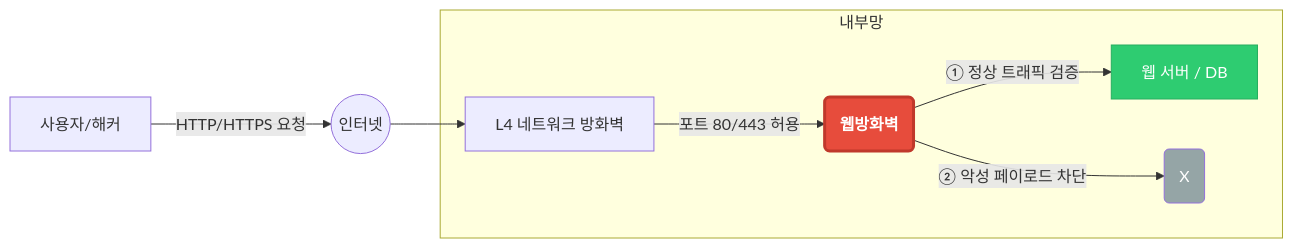
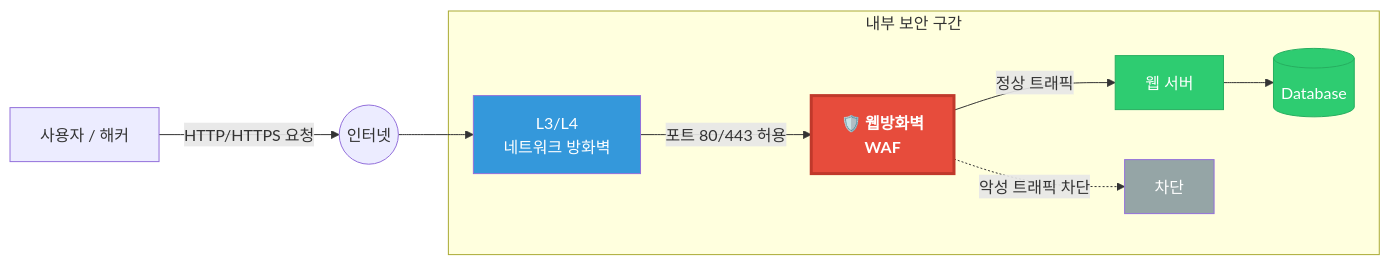
The first of 11 diagrams in waf.md (chj90/waf), drawn with Mermaid before and after one commit. The commit also changed other lines of this file, not shown here.

````diff
--- a/waf.md
+++ b/waf.md
@@ -12,16 +15,18 @@
 ```mermaid
 graph LR
-    Client[사용자/해커] -- "HTTP/HTTPS 요청" --> Internet((인터넷))
-    Internet --> Firewall[L4 네트워크 방화벽]
-    
-    subgraph "내부망"
-    Firewall -- "포트 80/443 허용" --> WAF(웹방화벽)
-    WAF -- "① 정상 트래픽 검증" --> WebServer[웹 서버 / DB]
-    WAF -- "② 악성 페이로드 차단" --> Block(X)
+    Client["사용자 / 해커"] -- "HTTP/HTTPS 요청" --> Internet((인터넷))
+    Internet --> Firewall["L3/L4<br>네트워크 방화벽"]
+
+    subgraph "내부 보안 구간"
+    Firewall -- "포트 80/443 허용" --> WAF["🛡️ 웹방화벽<br>WAF"]
+    WAF -- "정상 트래픽" --> WebServer["웹 서버"]
+    WAF -. "악성 트래픽 차단" .-> Block["차단"]
+    WebServer --> DB[(Database)]
     end
-
 
     style WAF fill:#e74c3c,stroke:#c0392b,stroke-width:3px,color:white,font-weight:bold
     style WebServer fill:#2ecc71,stroke:#27ae60,color:white
+    style DB fill:#2ecc71,stroke:#27ae60,color:white
     style Block fill:#95a5a6,color:white
+    style Firewall fill:#3498db,color:white
 ```
````
